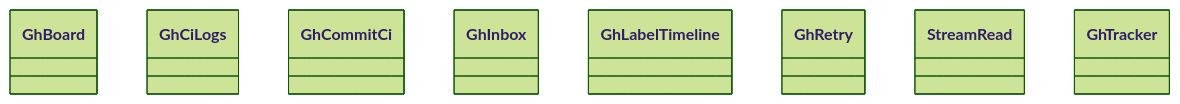
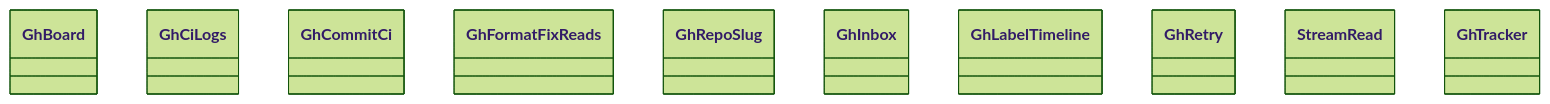
The diagram in docs/architecture/generated/classes-process-adapters-github.md (GonzaloZevallos/agentic-system), drawn with Mermaid (forest theme) before and after one commit. The commit also changed 20 other files, not shown here.

First line of the commit message:
Add the FormatFixReads port with its git ancestry and gh adapters

````diff
--- a/docs/architecture/generated/classes-process-adapters-github.md
+++ b/docs/architecture/generated/classes-process-adapters-github.md
@@ -12,11 +12,13 @@
 ```mermaid
 classDiagram
     class github__board__GhBoard["GhBoard"]
     class github__ci_logs__GhCiLogs["GhCiLogs"]
     class github__commit_ci__GhCommitCi["GhCommitCi"]
+    class github__format_fix_reads__GhFormatFixReads["GhFormatFixReads"]
+    class github__format_fix_reads__GhRepoSlug["GhRepoSlug"]
     class github__inbox__GhInbox["GhInbox"]
     class github__label_timeline__GhLabelTimeline["GhLabelTimeline"]
     class github__run__GhRetry["GhRetry"]
     class github__run__StreamRead["StreamRead"]
     class github__tracker__GhTracker["GhTracker"]
 ```
````
